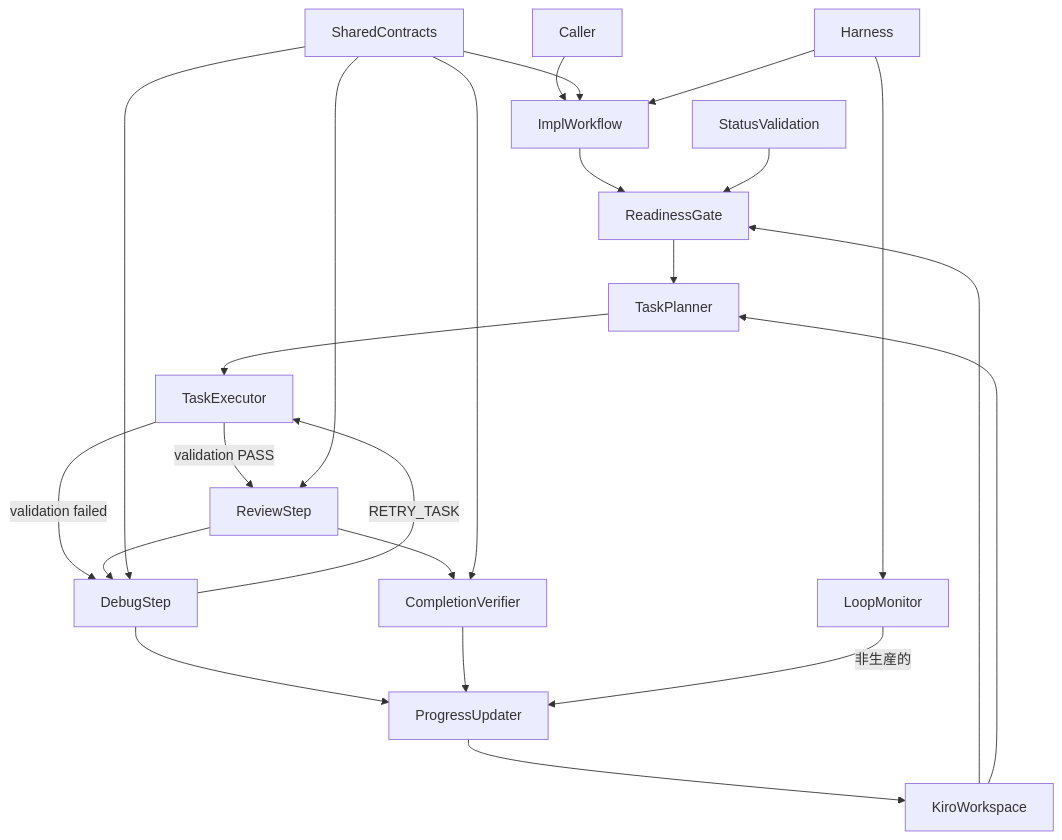
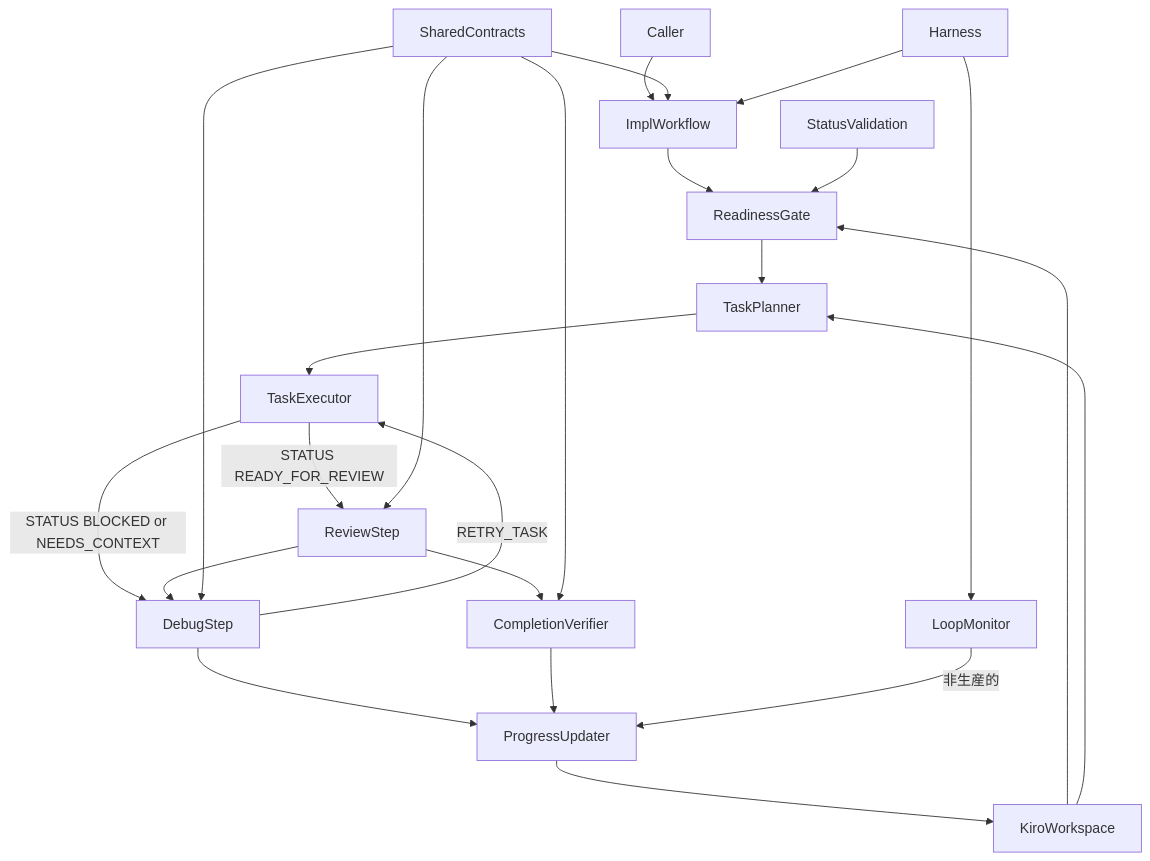
The first of 3 diagrams in .kiro/specs/kiro-iterative-implementation-workflow/design.md (j5ik2o/takt-sdd), drawn with Mermaid before and after one commit. The commit also changed other lines of this file and 28 other files, not shown here.

````diff
--- a/.kiro/specs/kiro-iterative-implementation-workflow/design.md
+++ b/.kiro/specs/kiro-iterative-implementation-workflow/design.md
@@ -72,25 +72,25 @@
 ```mermaid
 graph TB
     Caller --> ImplWorkflow
     ImplWorkflow --> ReadinessGate
     ReadinessGate --> TaskPlanner
     TaskPlanner --> TaskExecutor
-    TaskExecutor -->|validation PASS| ReviewStep
-    TaskExecutor -->|validation failed| DebugStep
+    TaskExecutor -->|STATUS READY_FOR_REVIEW| ReviewStep
+    TaskExecutor -->|STATUS BLOCKED or NEEDS_CONTEXT| DebugStep
     ReviewStep --> CompletionVerifier
     ReviewStep --> DebugStep
     DebugStep -->|RETRY_TASK| TaskExecutor
     DebugStep --> ProgressUpdater
     CompletionVerifier --> ProgressUpdater
     LoopMonitor -->|非生産的| ProgressUpdater
     StatusValidation --> ReadinessGate
     SharedContracts --> ImplWorkflow
     SharedContracts --> ReviewStep
     SharedContracts --> DebugStep
     SharedContracts --> CompletionVerifier
     KiroWorkspace --> ReadinessGate
     KiroWorkspace --> TaskPlanner
     ProgressUpdater --> KiroWorkspace
     Harness --> ImplWorkflow
     Harness --> LoopMonitor
 ```
````
